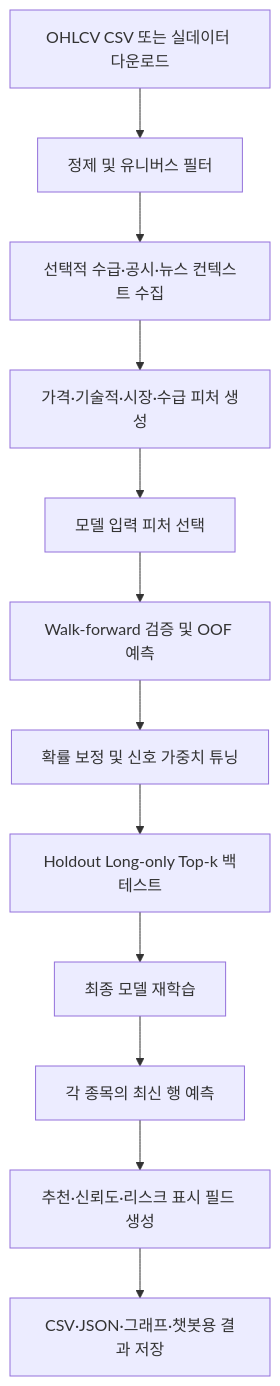
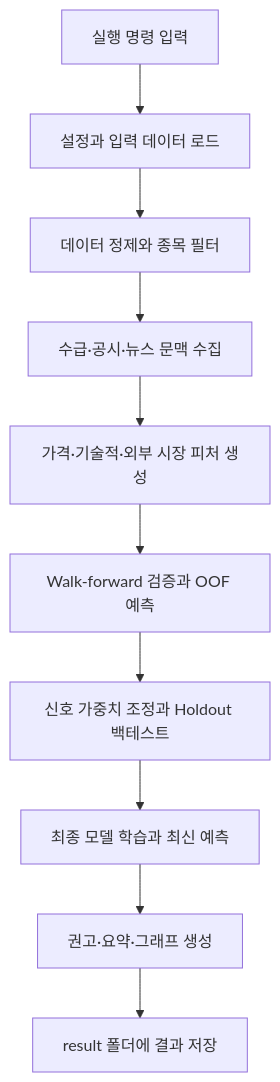
One commit to soomin-319/stock_predict changed the first of 2 diagrams in docs/PROJECT_OPERATION_GUIDE.md. Above: the diagram before and after it, drawn with Mermaid. The commit also changed other lines of this file and 17 other files, not shown here.

First line of the commit message:
[codex] Use KOSPI200 defaults and clarify operation flow (#260)

````diff
--- a/docs/PROJECT_OPERATION_GUIDE.md
+++ b/docs/PROJECT_OPERATION_GUIDE.md
@@ -21,14 +24,12 @@
 ```mermaid
 flowchart TD
-    A[OHLCV CSV 또는 실데이터 다운로드] --> B[정제 및 유니버스 필터]
-    B --> C[선택적 수급·공시·뉴스 컨텍스트 수집]
-    C --> D[가격·기술적·시장·수급 피처 생성]
-    D --> E[모델 입력 피처 선택]
-    E --> F[Walk-forward 검증 및 OOF 예측]
-    F --> G[확률 보정 및 신호 가중치 튜닝]
-    G --> H[Holdout Long-only Top-k 백테스트]
-    H --> I[최종 모델 재학습]
-    I --> J[각 종목의 최신 행 예측]
-    J --> K[추천·신뢰도·리스크 표시 필드 생성]
-    K --> L[CSV·JSON·그래프·챗봇용 결과 저장]
+    A[실행 명령 입력] --> B[설정과 입력 데이터 로드]
+    B --> C[데이터 정제와 종목 필터]
+    C --> D[수급·공시·뉴스 문맥 수집]
+    D --> E[가격·기술적·외부 시장 피처 생성]
+    E --> F[Walk-forward 검증과 OOF 예측]
+    F --> G[신호 가중치 조정과 Holdout 백테스트]
+    G --> H[최종 모델 학습과 최신 예측]
+    H --> I[권고·요약·그래프 생성]
+    I --> J[result 폴더에 결과 저장]
 ```
````
